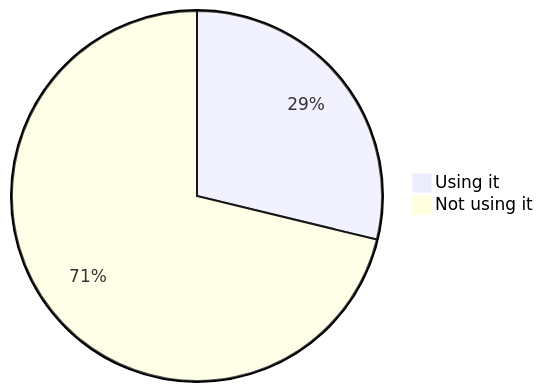
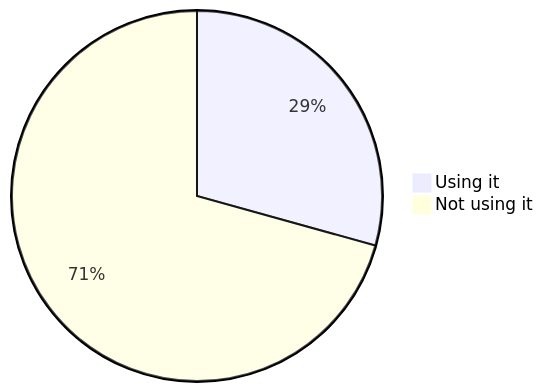
One commit to oshp/oshp-stats changed diagram 16 of 22 in stats.md. Above: the diagram before and after it, drawn with Mermaid. The commit also changed other lines of this file, not shown here.

````diff
--- a/stats.md
+++ b/stats.md
@@ -190,6 +190,6 @@
 ```mermaid
 pie
-	"Using it" : 28.78
-	"Not using it" : 71.22
+	"Using it" : 29.31
+	"Not using it" : 70.69
 
 ```
````
